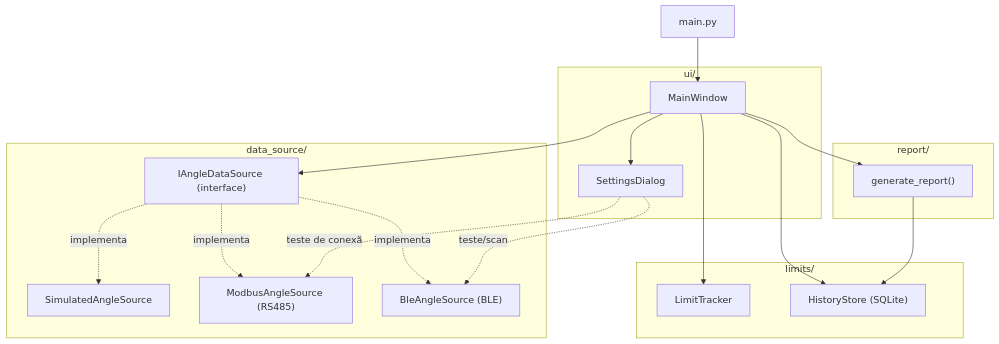
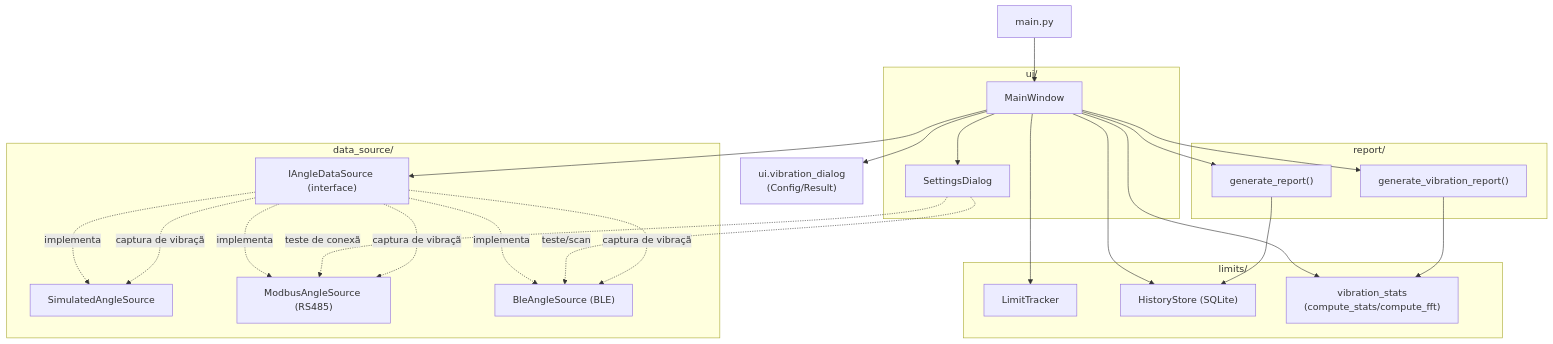
The first of 6 diagrams in docs/fluxograma-python-app.md (williandlima/Inclinometer_Esp32), drawn with Mermaid before and after one commit. The commit also changed other lines of this file and 11 other files, not shown here.

First line of the commit message:
Add Modo Vibração: high-rate capture with stats and FFT report

````diff
--- a/docs/fluxograma-python-app.md
+++ b/docs/fluxograma-python-app.md
@@ -26,37 +30,46 @@
 ```mermaid
 graph TD
     main["main.py"] --> MainWindow
 
     subgraph ui["ui/"]
         MainWindow["MainWindow"]
         SettingsDialog["SettingsDialog"]
     end
 
     subgraph data_source["data_source/"]
         IAngleDataSource["IAngleDataSource (interface)"]
         Simulated["SimulatedAngleSource"]
         Modbus["ModbusAngleSource (RS485)"]
         Ble["BleAngleSource (BLE)"]
     end
 
     subgraph limits["limits/"]
         LimitTracker["LimitTracker"]
         HistoryStore["HistoryStore (SQLite)"]
+        VibrationStats["vibration_stats<br/>(compute_stats/compute_fft)"]
     end
 
     subgraph report["report/"]
         ReportGenerator["generate_report()"]
+        VibrationReport["generate_vibration_report()"]
     end
 
     MainWindow --> SettingsDialog
     MainWindow --> IAngleDataSource
     IAngleDataSource -.implementa.-> Simulated
     IAngleDataSource -.implementa.-> Modbus
     IAngleDataSource -.implementa.-> Ble
     MainWindow --> LimitTracker
     MainWindow --> HistoryStore
     MainWindow --> ReportGenerator
+    MainWindow --> VibrationStats
+    MainWindow --> VibrationReport
+    MainWindow --> VibrationDialog["ui.vibration_dialog<br/>(Config/Result)"]
     ReportGenerator --> HistoryStore
+    VibrationReport --> VibrationStats
     SettingsDialog -.teste de conexão.-> Modbus
     SettingsDialog -.teste/scan.-> Ble
+    IAngleDataSource -.captura de vibração.-> Simulated
+    IAngleDataSource -.captura de vibração.-> Modbus
+    IAngleDataSource -.captura de vibração.-> Ble
 ```
````
